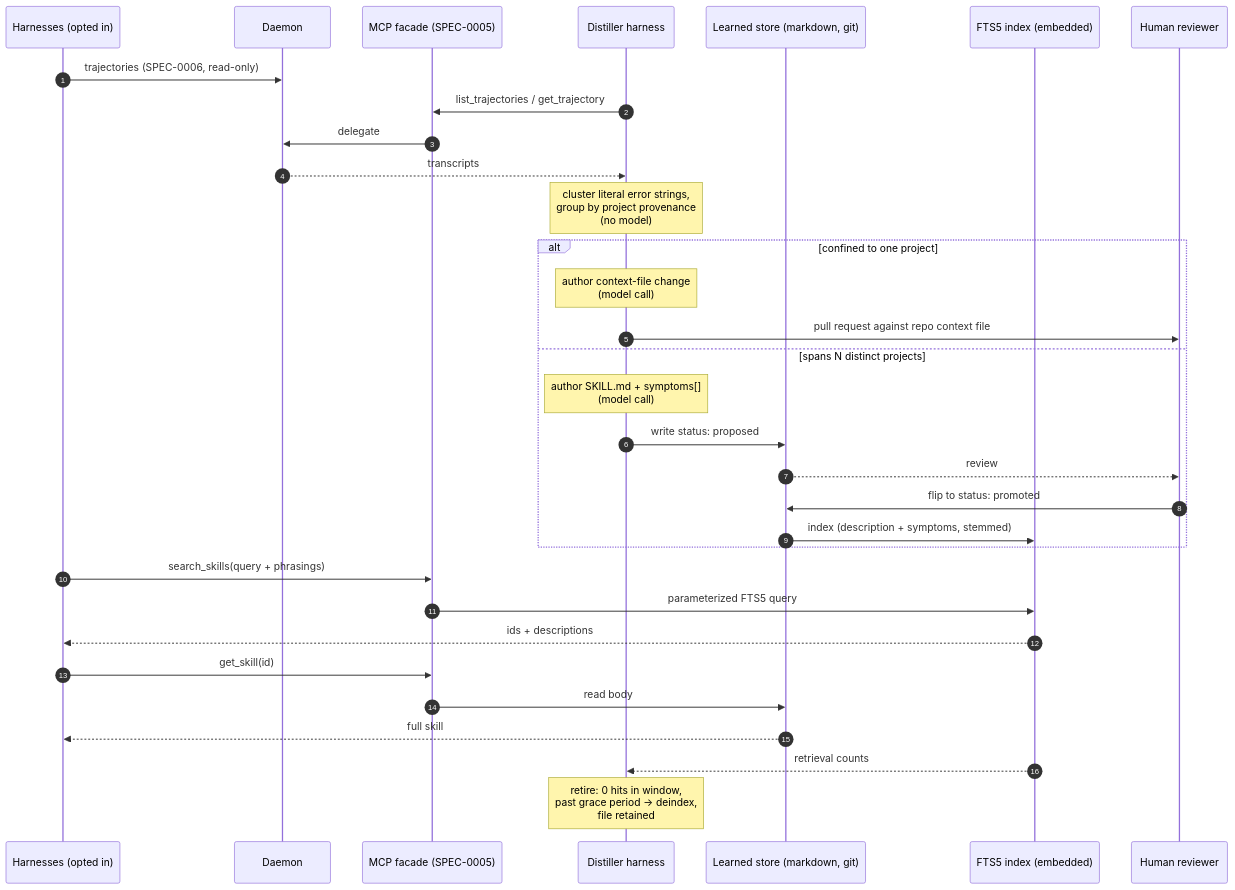
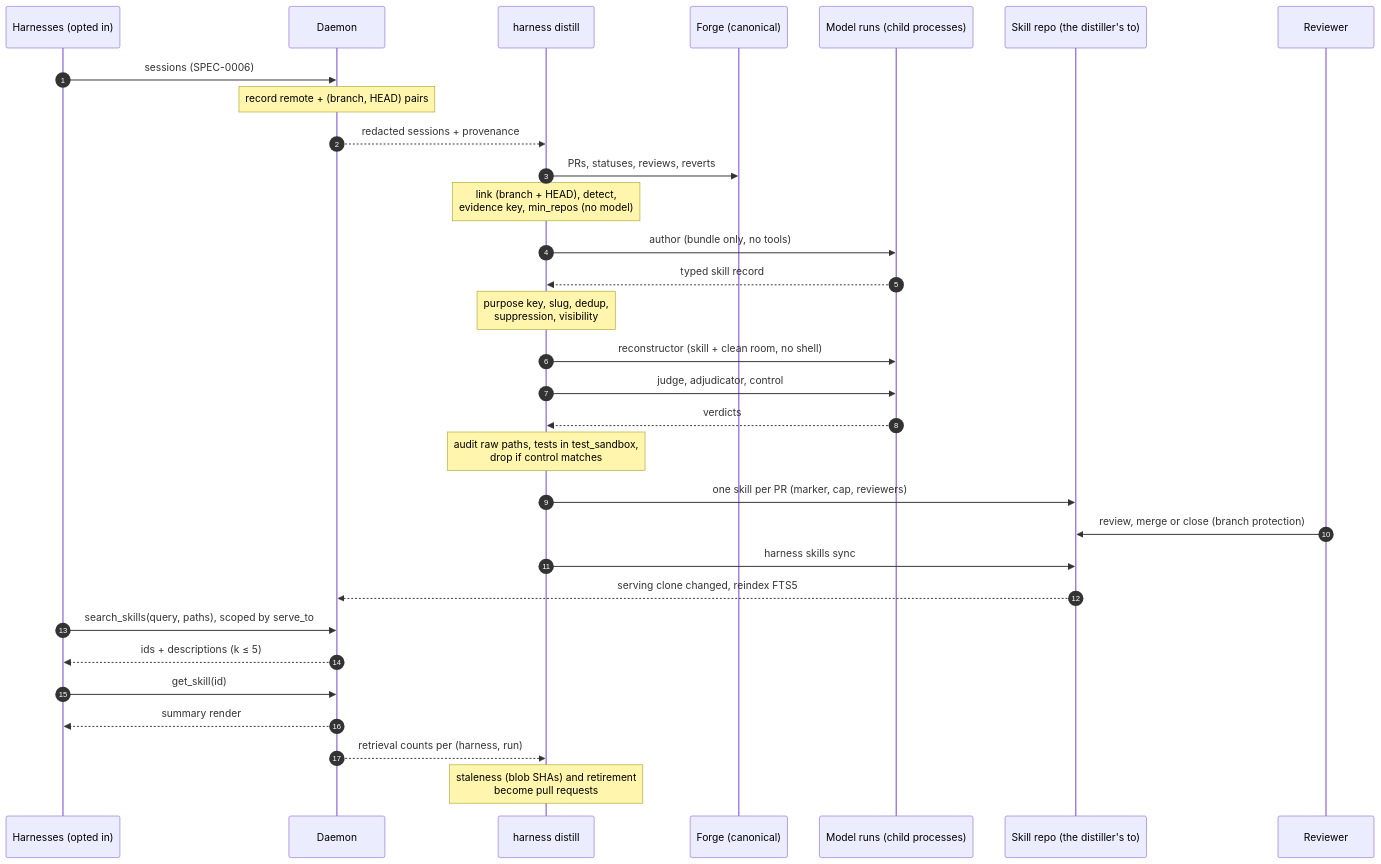
One commit to stump-wtf/harness changed the diagram in docs/openspec/specs/skill-distillation/design.md. Above: the diagram before and after it, drawn with Mermaid. The commit also changed other lines of this file and 7 other files, not shown here.

First line of the commit message:
docs(adr,spec): ADR-0030 grounded skill distillation (replay of #544)

````diff
--- a/docs/openspec/specs/skill-distillation/design.md
+++ b/docs/openspec/specs/skill-distillation/design.md
@@ -159,39 +268,34 @@
 ```mermaid
 sequenceDiagram
     autonumber
     participant H as Harnesses (opted in)
     participant D as Daemon
-    participant F as MCP facade (SPEC-0005)
-    participant X as Distiller harness
-    participant S as Learned store (markdown, git)
-    participant I as FTS5 index (embedded)
-    participant P as Human reviewer
+    participant X as harness distill
+    participant F as Forge (canonical)
+    participant M as Model runs (child processes)
+    participant L as Skill repo (the distiller's to)
+    participant R as Reviewer
 
-    H->>D: trajectories (SPEC-0006, read-only)
-    X->>F: list_trajectories / get_trajectory
-    F->>D: delegate
-    D-->>X: transcripts
-
-    Note over X: cluster literal error strings,<br/>group by project provenance<br/>(no model)
-
-    alt confined to one project
-        Note over X: author context-file change<br/>(model call)
-        X->>P: pull request against repo context file
-    else spans N distinct projects
-        Note over X: author SKILL.md + symptoms[]<br/>(model call)
-        X->>S: write status: proposed
-        S-->>P: review
-        P->>S: flip to status: promoted
-        S->>I: index (description + symptoms, stemmed)
-    end
-
-    H->>F: search_skills(query + phrasings)
-    F->>I: parameterized FTS5 query
-    I-->>H: ids + descriptions
-    H->>F: get_skill(id)
-    F->>S: read body
-    S-->>H: full skill
-
-    I-->>X: retrieval counts
-    Note over X: retire: 0 hits in window,<br/>past grace period → deindex,<br/>file retained
+    H->>D: sessions (SPEC-0006)
+    Note over D: record remote + (branch, HEAD) pairs
+    D-->>X: redacted sessions + provenance
+    X->>F: PRs, statuses, reviews, reverts
+    Note over X: link (branch + HEAD), detect,<br/>evidence key, min_repos (no model)
+    X->>M: author (bundle only, no tools)
+    M-->>X: typed skill record
+    Note over X: purpose key, slug, dedup,<br/>suppression, visibility
+    X->>M: reconstructor (skill + clean room, no shell)
+    X->>M: judge, adjudicator, control
+    M-->>X: verdicts
+    Note over X: audit raw paths, tests in test_sandbox,<br/>drop if control matches
+    X->>L: one skill per PR (marker, cap, reviewers)
+    R->>L: review, merge or close (branch protection)
+    X->>L: harness skills sync
+    L-->>D: serving clone changed, reindex FTS5
+    H->>D: search_skills(query, paths), scoped by serve_to
+    D-->>H: ids + descriptions (k ≤ 5)
+    H->>D: get_skill(id)
+    D-->>H: summary render
+    D-->>X: retrieval counts per (harness, run)
+    Note over X: staleness (blob SHAs) and retirement<br/>become pull requests
 ```
````
